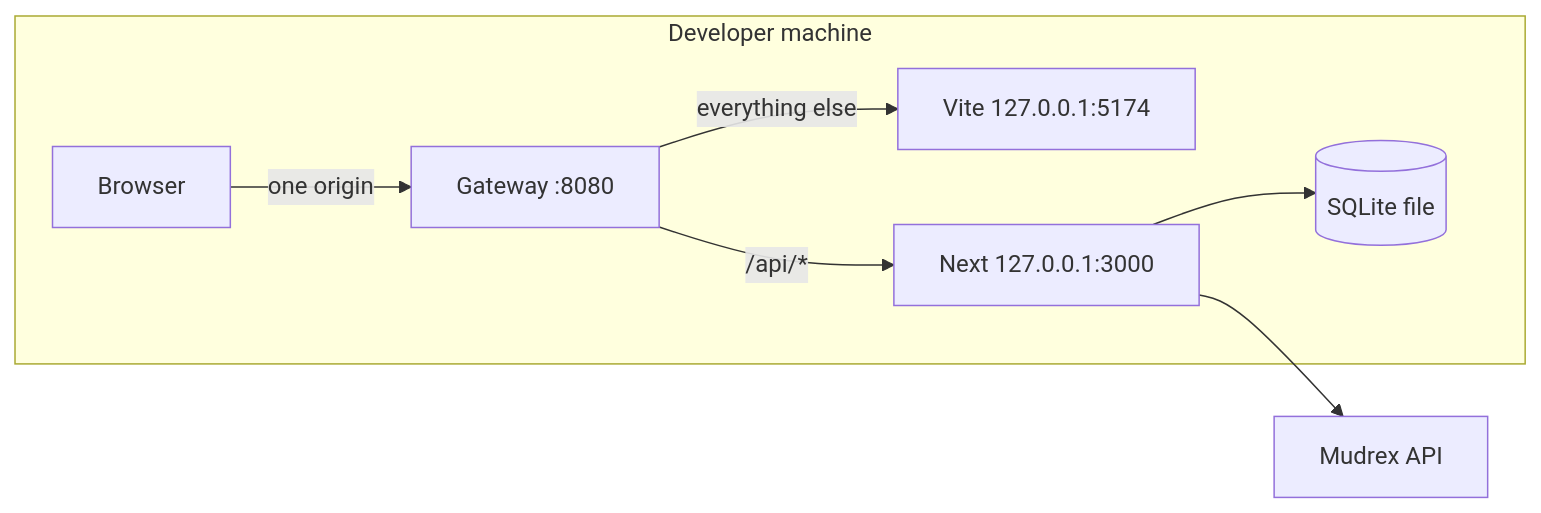
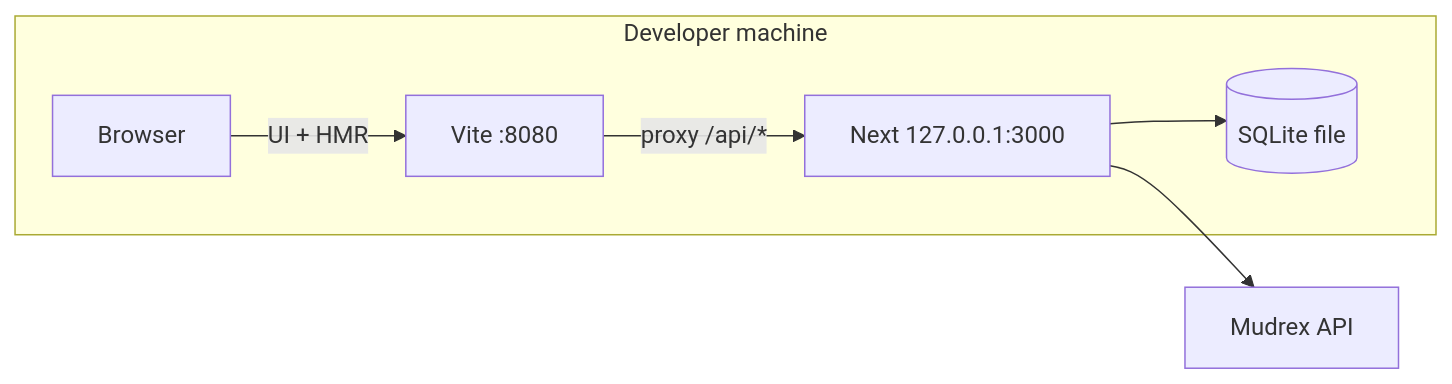
The second of 7 diagrams in README.md (DecentralizedJM/RexAlgo), drawn with Mermaid before and after one commit. The commit also changed other lines of this file and 6 other files, not shown here.

First line of the commit message:
fix(dev): drop custom gateway — Vite :8080 + built-in /api proxy

````diff
--- a/README.md
+++ b/README.md
@@ -160,17 +160,15 @@
 ```mermaid
 flowchart LR
   subgraph dev [Developer machine]
     BR[Browser]
-    GW["Gateway :8080"]
-    V[Vite 127.0.0.1:5174]
+    V["Vite :8080"]
     N[Next 127.0.0.1:3000]
     DB[(SQLite file)]
   end
   MR[Mudrex API]
 
-  BR -->|one origin| GW
-  GW -->|/api/*| N
-  GW -->|everything else| V
+  BR -->|UI + HMR| V
+  V -->|proxy /api/*| N
   N --> DB
   N --> MR
 ```
````
